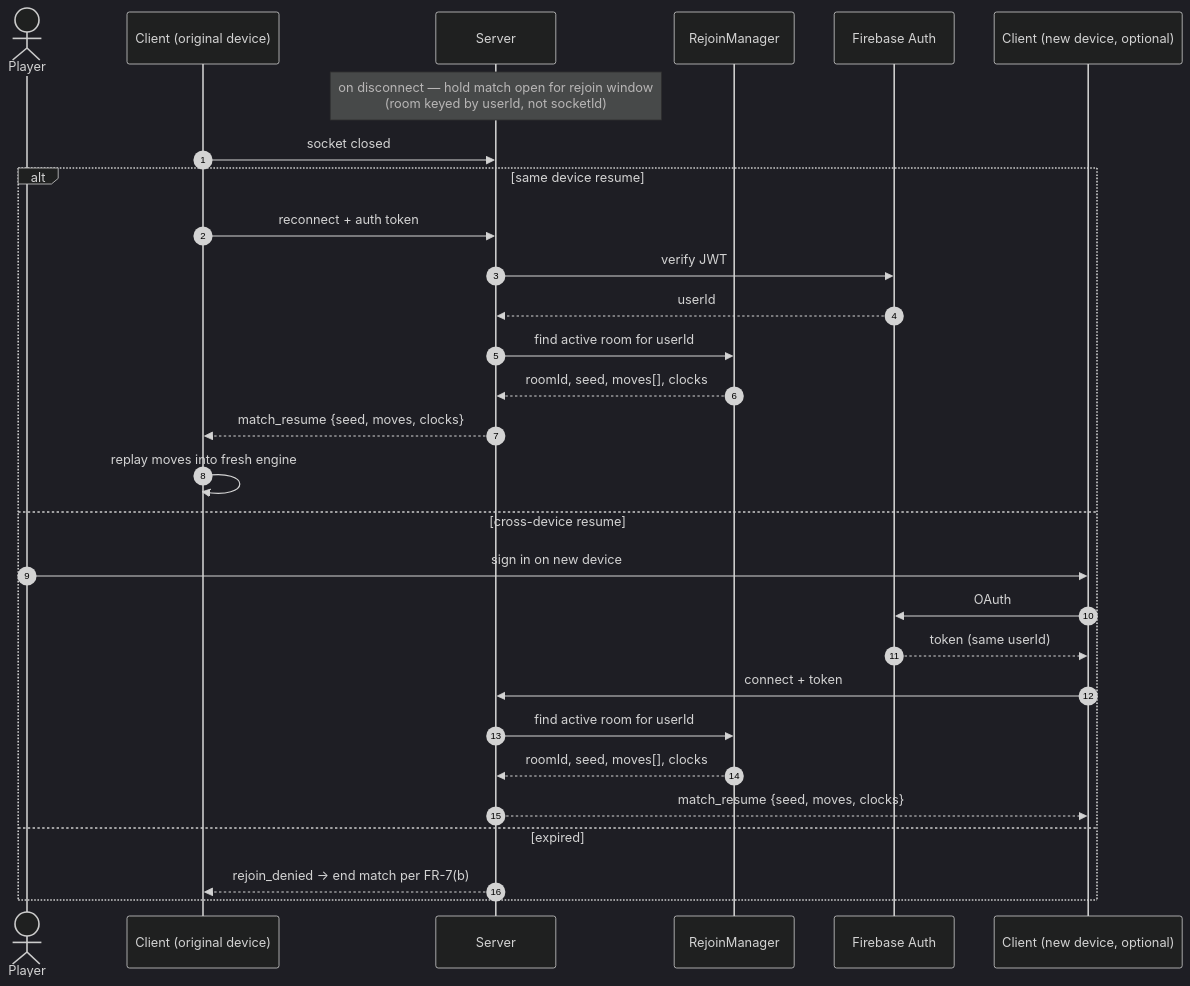
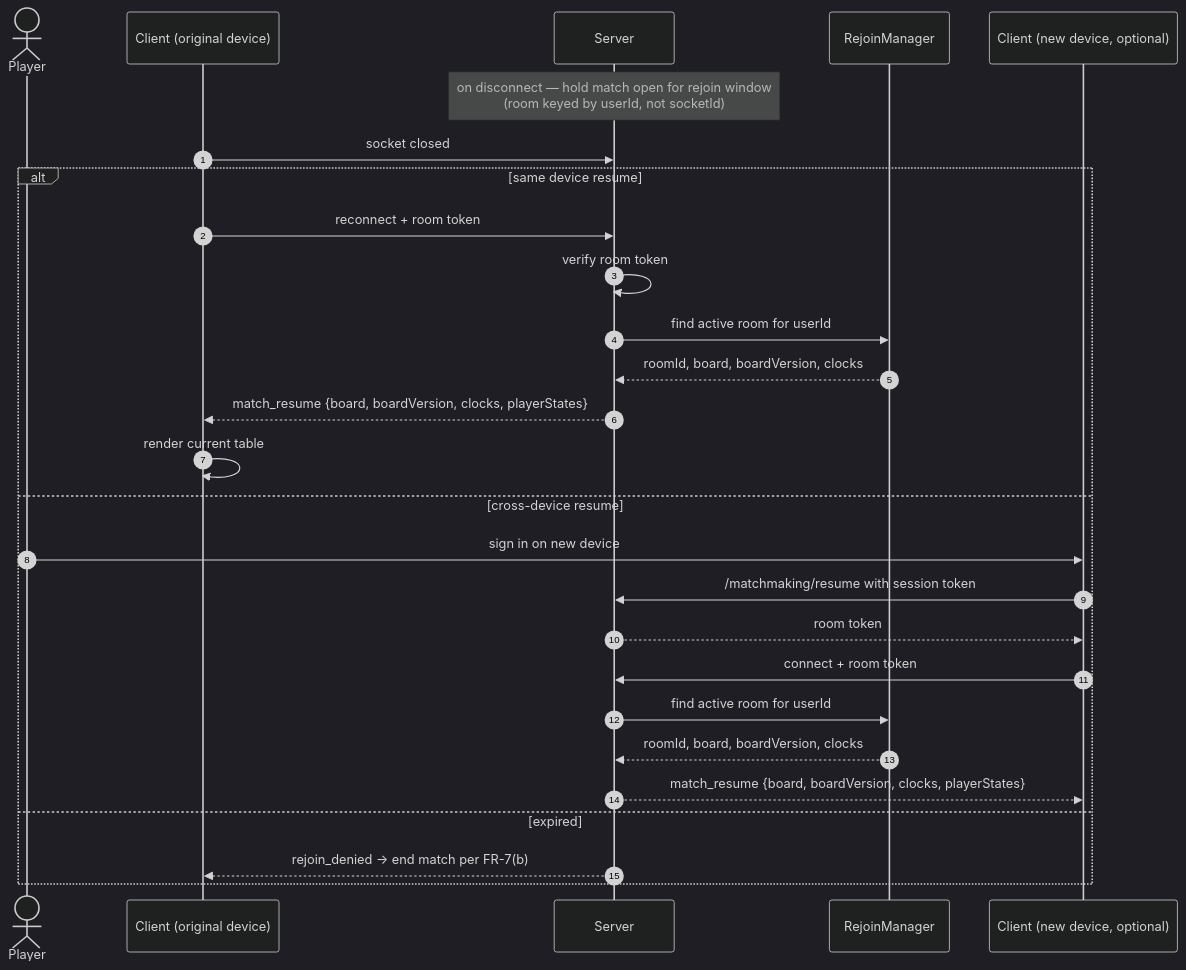
One commit to BuiHoangTu/match3-competitive-fe changed the eighth of 11 diagrams in specification/system-design.md. Above: the diagram before and after it, drawn with Mermaid (dark theme). The commit also changed other lines of this file and 11 other files, not shown here.

````diff
--- a/specification/system-design.md
+++ b/specification/system-design.md
@@ -311,31 +392,29 @@
 ```mermaid
 sequenceDiagram
     autonumber
     actor P as Player
     participant C1 as Client (original device)
     participant S as Server
     participant R as RejoinManager
-    participant IdP as Firebase Auth
     participant C2 as Client (new device, optional)
     Note over S: on disconnect — hold match open for rejoin window<br/>(room keyed by userId, not socketId)
     C1->>S: socket closed
     alt same device resume
-        C1->>S: reconnect + auth token
-        S->>IdP: verify JWT
-        IdP-->>S: userId
+        C1->>S: reconnect + room token
+        S->>S: verify room token
         S->>R: find active room for userId
-        R-->>S: roomId, seed, moves[], clocks
-        S-->>C1: match_resume {seed, moves, clocks}
-        C1->>C1: replay moves into fresh engine
+        R-->>S: roomId, board, boardVersion, clocks
+        S-->>C1: match_resume {board, boardVersion, clocks, playerStates}
+        C1->>C1: render current table
     else cross-device resume
         P->>C2: sign in on new device
-        C2->>IdP: OAuth
-        IdP-->>C2: token (same userId)
-        C2->>S: connect + token
+        C2->>S: /matchmaking/resume with session token
+        S-->>C2: room token
+        C2->>S: connect + room token
         S->>R: find active room for userId
-        R-->>S: roomId, seed, moves[], clocks
-        S-->>C2: match_resume {seed, moves, clocks}
+        R-->>S: roomId, board, boardVersion, clocks
+        S-->>C2: match_resume {board, boardVersion, clocks, playerStates}
     else expired
         S-->>C1: rejoin_denied → end match per FR-7(b)
     end
 ```
````
